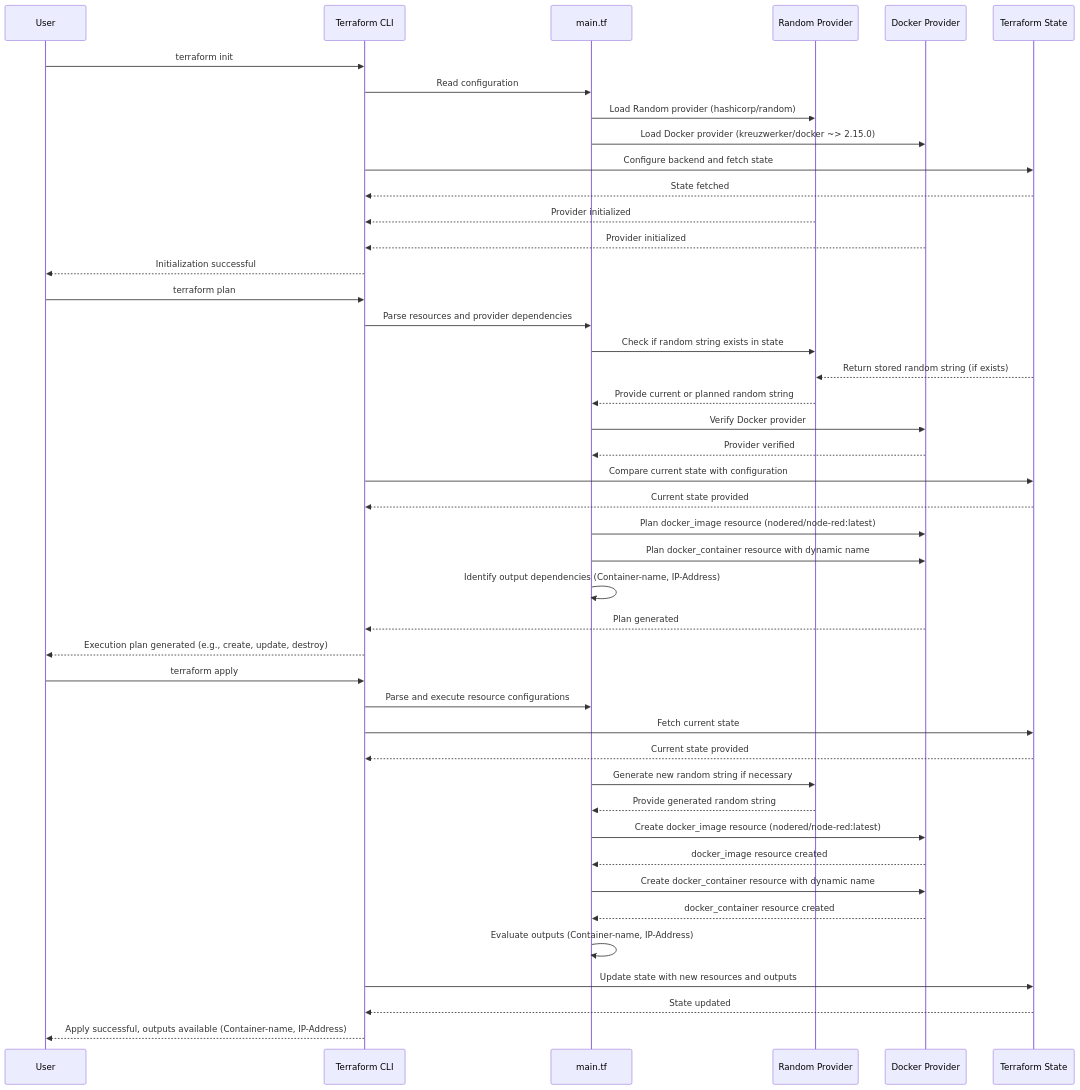
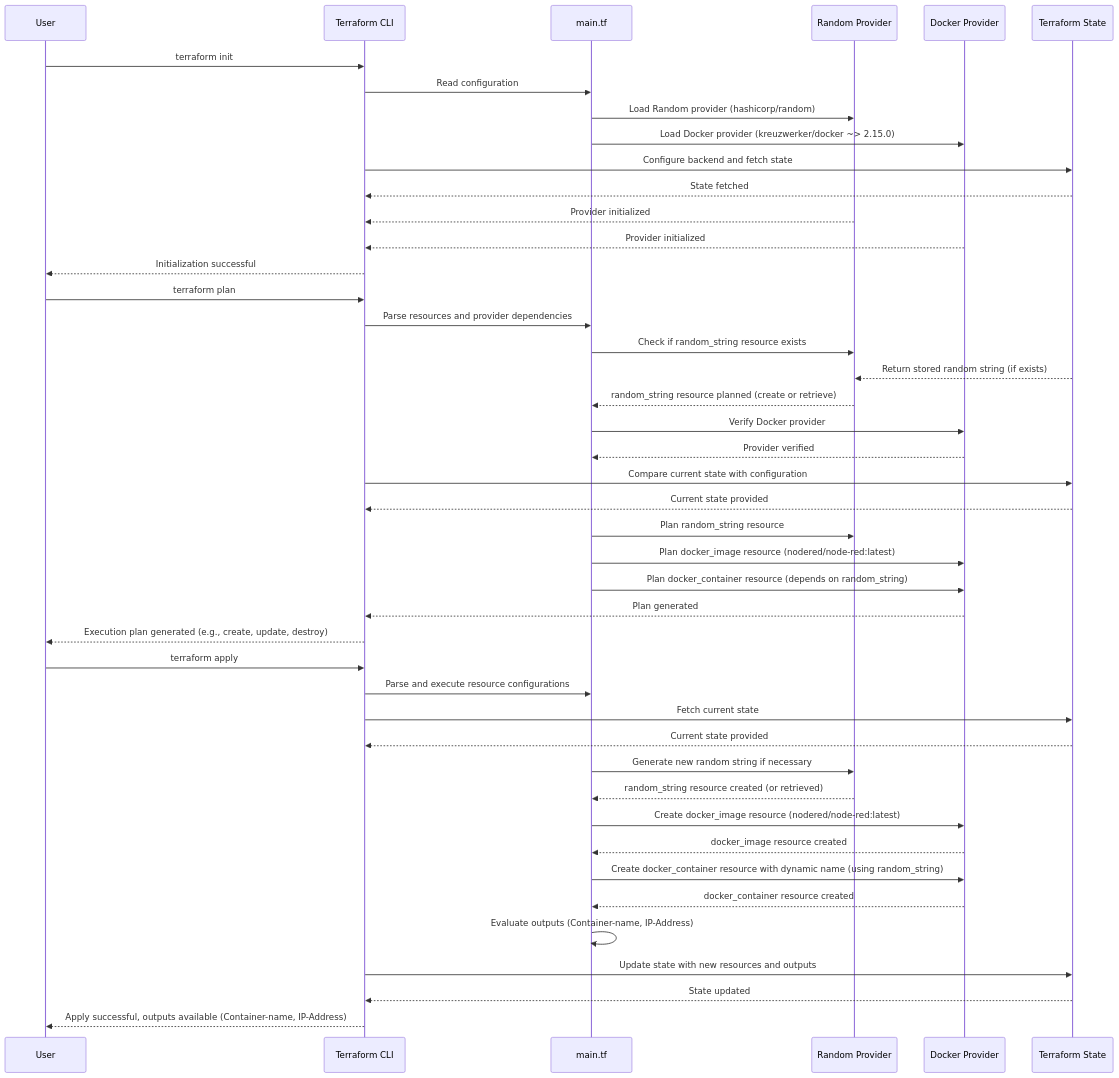
One commit to MinhHungPhan/terraform-bootcamp changed the diagram in 03-terraform-docker/03-state-management/03-terraform-state-locking/README.md. Above: the diagram before and after it, drawn with Mermaid.

Commit message:
updated [Terraform Dependencies] for Terraform State Locking

````diff
--- a/03-terraform-docker/03-state-management/03-terraform-state-locking/README.md
+++ b/03-terraform-docker/03-state-management/03-terraform-state-locking/README.md
@@ -21,52 +21,52 @@
 ```mermaid
 sequenceDiagram
     participant User as User
     participant TerraformCLI as Terraform CLI
     participant MainTF as main.tf
     participant RandomProvider as Random Provider
     participant DockerProvider as Docker Provider
     participant StateFile as Terraform State
 
     %% Init phase
     User->>TerraformCLI: terraform init
     TerraformCLI->>MainTF: Read configuration
     MainTF->>RandomProvider: Load Random provider (hashicorp/random)
     MainTF->>DockerProvider: Load Docker provider (kreuzwerker/docker ~> 2.15.0)
     TerraformCLI->>StateFile: Configure backend and fetch state
     StateFile-->>TerraformCLI: State fetched
     RandomProvider-->>TerraformCLI: Provider initialized
     DockerProvider-->>TerraformCLI: Provider initialized
     TerraformCLI-->>User: Initialization successful
 
     %% Plan phase
     User->>TerraformCLI: terraform plan
     TerraformCLI->>MainTF: Parse resources and provider dependencies
-    MainTF->>RandomProvider: Check if random string exists in state
+    MainTF->>RandomProvider: Check if random_string resource exists
     StateFile-->>RandomProvider: Return stored random string (if exists)
-    RandomProvider-->>MainTF: Provide current or planned random string
+    RandomProvider-->>MainTF: random_string resource planned (create or retrieve)
     MainTF->>DockerProvider: Verify Docker provider
     DockerProvider-->>MainTF: Provider verified
     TerraformCLI->>StateFile: Compare current state with configuration
     StateFile-->>TerraformCLI: Current state provided
+    MainTF->>RandomProvider: Plan random_string resource
     MainTF->>DockerProvider: Plan docker_image resource (nodered/node-red:latest)
-    MainTF->>DockerProvider: Plan docker_container resource with dynamic name
-    MainTF->>MainTF: Identify output dependencies (Container-name, IP-Address)
+    MainTF->>DockerProvider: Plan docker_container resource (depends on random_string)
     DockerProvider-->>TerraformCLI: Plan generated
     TerraformCLI-->>User: Execution plan generated (e.g., create, update, destroy)
 
     %% Apply phase
     User->>TerraformCLI: terraform apply
     TerraformCLI->>MainTF: Parse and execute resource configurations
     TerraformCLI->>StateFile: Fetch current state
     StateFile-->>TerraformCLI: Current state provided
     MainTF->>RandomProvider: Generate new random string if necessary
-    RandomProvider-->>MainTF: Provide generated random string
+    RandomProvider-->>MainTF: random_string resource created (or retrieved)
     MainTF->>DockerProvider: Create docker_image resource (nodered/node-red:latest)
     DockerProvider-->>MainTF: docker_image resource created
-    MainTF->>DockerProvider: Create docker_container resource with dynamic name
+    MainTF->>DockerProvider: Create docker_container resource with dynamic name (using random_string)
     DockerProvider-->>MainTF: docker_container resource created
     MainTF->>MainTF: Evaluate outputs (Container-name, IP-Address)
     TerraformCLI->>StateFile: Update state with new resources and outputs
     StateFile-->>TerraformCLI: State updated
     TerraformCLI-->>User: Apply successful, outputs available (Container-name, IP-Address)
 ```
````
